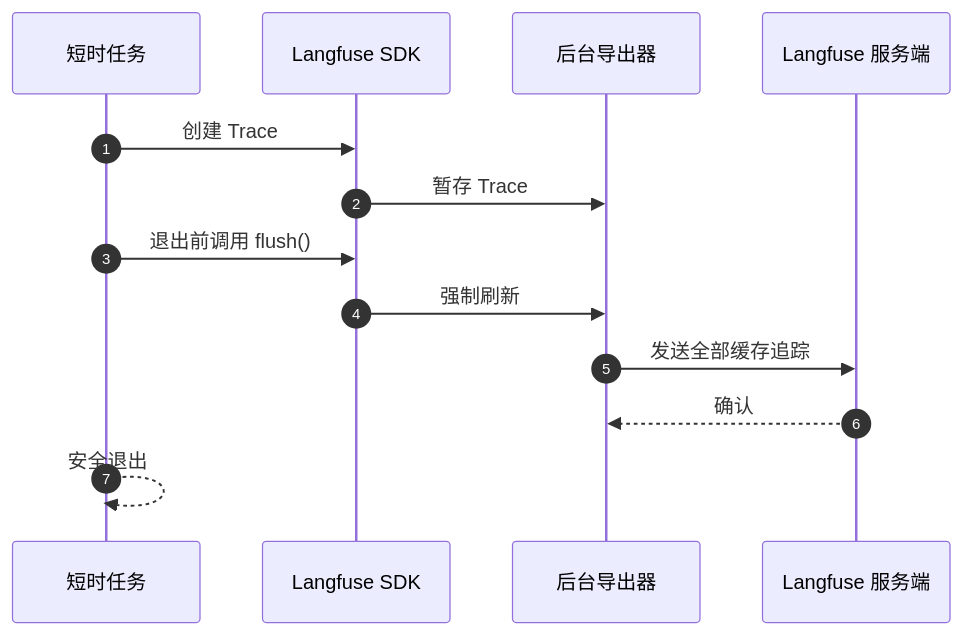
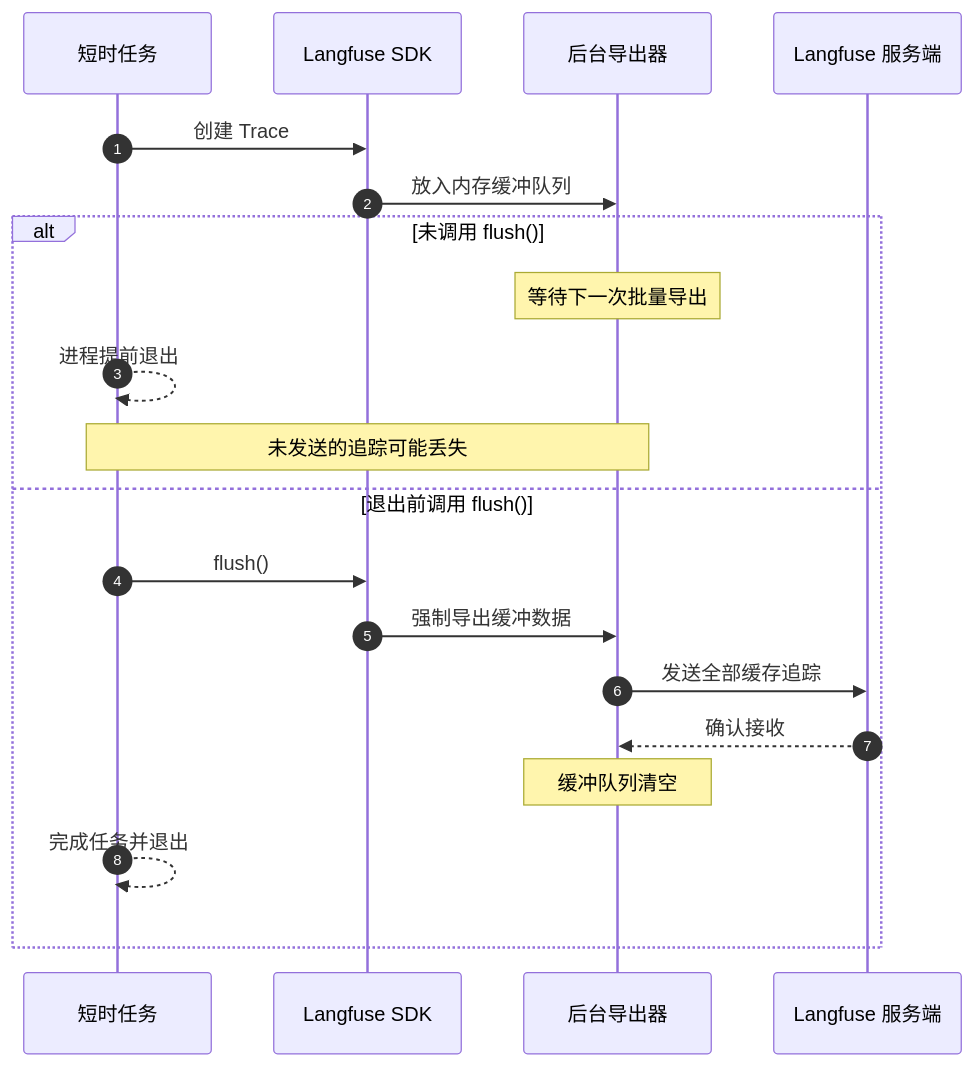
One commit to zh19990906/langfuse-zh-starter changed the third of 3 diagrams in docs/official/observability/data-model.md. Above: the diagram before and after it, drawn with Mermaid.

Commit message:
docs(qa): restore lost-trace branch in short-lived app flush diagram

````diff
--- a/docs/official/observability/data-model.md
+++ b/docs/official/observability/data-model.md
@@ -103,15 +103,22 @@
 ```mermaid
 sequenceDiagram
     autonumber
     participant A as 短时任务
     participant S as Langfuse SDK
     participant E as 后台导出器
     participant L as Langfuse 服务端
     A->>S: 创建 Trace
-    S->>E: 暂存 Trace
-    A->>S: 退出前调用 flush()
-    S->>E: 强制刷新
-    E->>L: 发送全部缓存追踪
-    L-->>E: 确认
-    A-->>A: 安全退出
+    S->>E: 放入内存缓冲队列
+    alt 未调用 flush()
+        Note over E: 等待下一次批量导出
+        A-->>A: 进程提前退出
+        Note over A,E: 未发送的追踪可能丢失
+    else 退出前调用 flush()
+        A->>S: flush()
+        S->>E: 强制导出缓冲数据
+        E->>L: 发送全部缓存追踪
+        L-->>E: 确认接收
+        Note over E: 缓冲队列清空
+        A-->>A: 完成任务并退出
+    end
 ```
````
